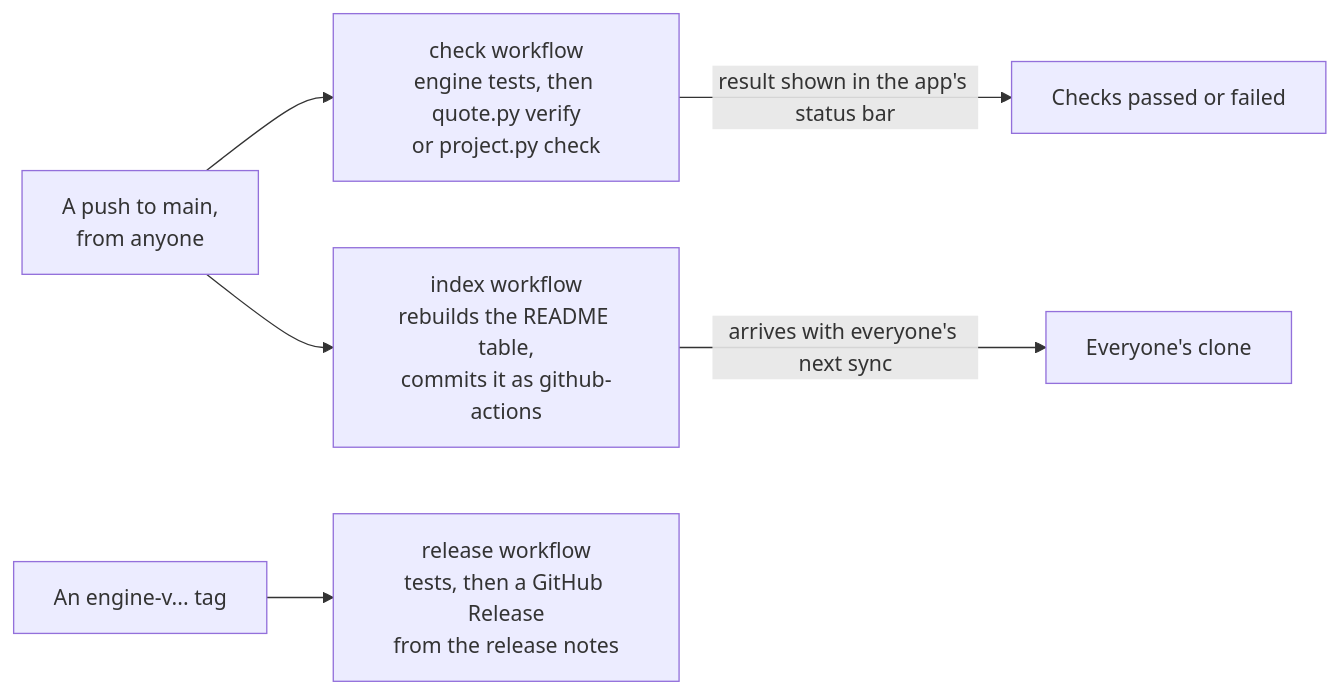
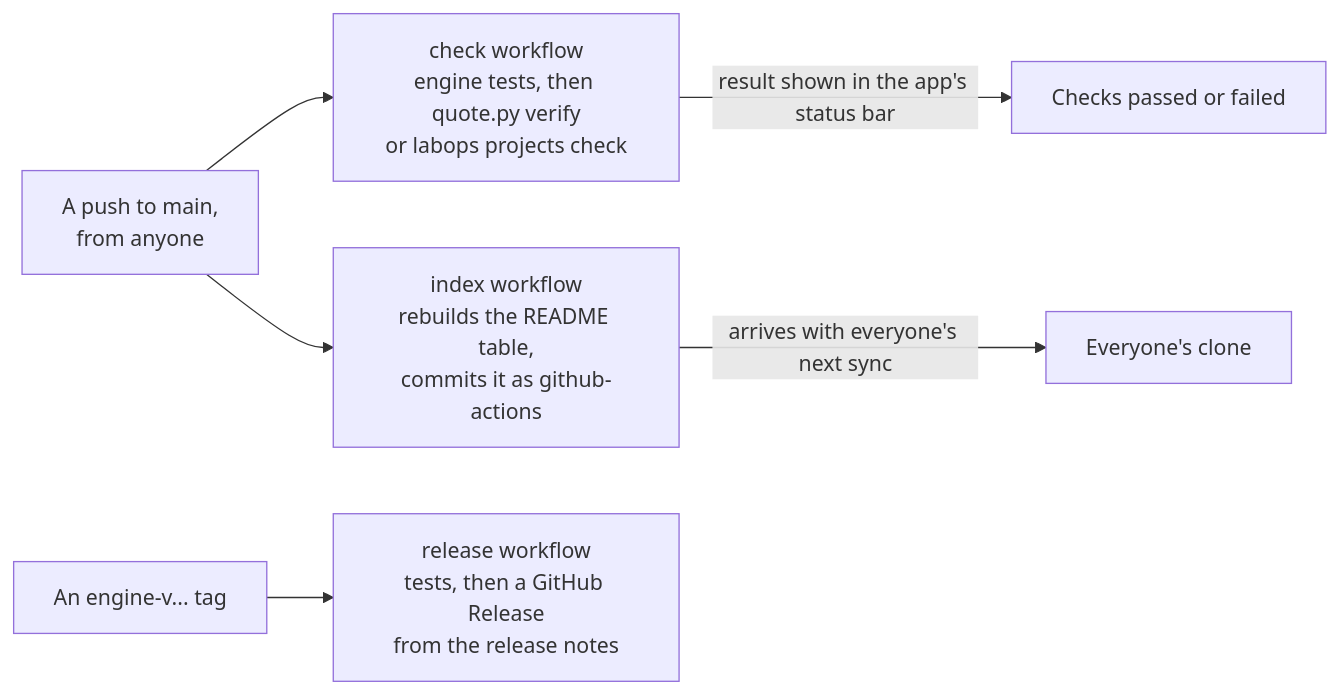
The third of 6 diagrams in docs/architecture.md (uw-maccosslab/LabOps), drawn with Mermaid before and after one commit. The commit also changed other lines of this file and 63 other files, not shown here.

````diff
--- a/docs/architecture.md
+++ b/docs/architecture.md
@@ -93,8 +95,8 @@
 ```mermaid
 flowchart LR
-    push["A push to main,<br/>from anyone"] --> check["check workflow<br/>engine tests, then quote.py verify<br/>or project.py check"]
+    push["A push to main,<br/>from anyone"] --> check["check workflow<br/>engine tests, then quote.py verify<br/>or labops projects check"]
     push --> index["index workflow<br/>rebuilds the README table,<br/>commits it as github-actions"]
     index -->|"arrives with everyone's next sync"| clones["Everyone's clone"]
     check -->|"result shown in the app's status bar"| status["Checks passed or failed"]
     tag["An engine-v... tag"] --> release["release workflow<br/>tests, then a GitHub Release<br/>from the release notes"]
 ```
````
